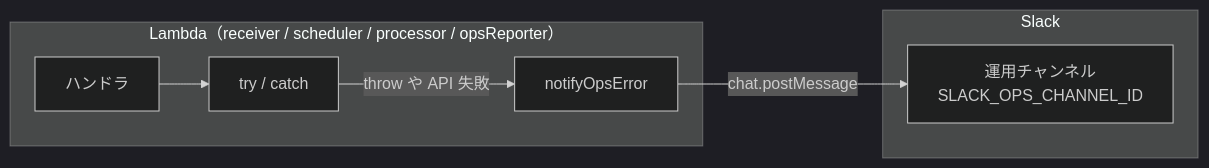
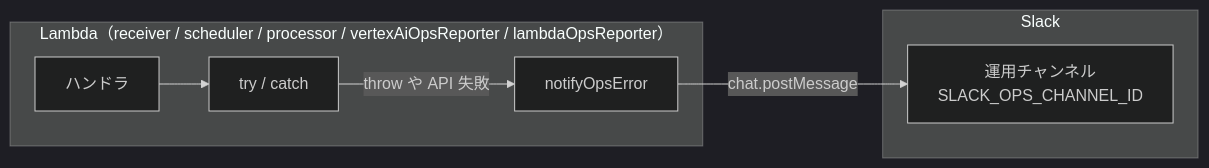
One commit to YoshimuraKoei/koei-clone changed the ninth of 11 diagrams in ARCHITECTURE.md. Above: the diagram before and after it, drawn with Mermaid (dark theme). The commit also changed other lines of this file and 9 other files, not shown here.

````diff
--- a/ARCHITECTURE.md
+++ b/ARCHITECTURE.md
@@ -188,14 +215,14 @@
 ```mermaid
 flowchart LR
-  subgraph fn["Lambda（receiver / scheduler / processor / opsReporter）"]
+  subgraph fn["Lambda（receiver / scheduler / processor / vertexAiOpsReporter / lambdaOpsReporter）"]
     A[ハンドラ]
     B[try / catch]
     N["notifyOpsError"]
   end
   subgraph slack["Slack"]
     CH["運用チャンネル<br/>SLACK_OPS_CHANNEL_ID"]
   end
   A --> B
   B -->|"throw や API 失敗"| N
   N -->|"chat.postMessage"| CH
 ```
````
